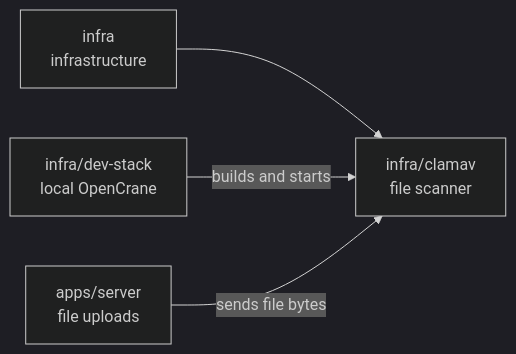
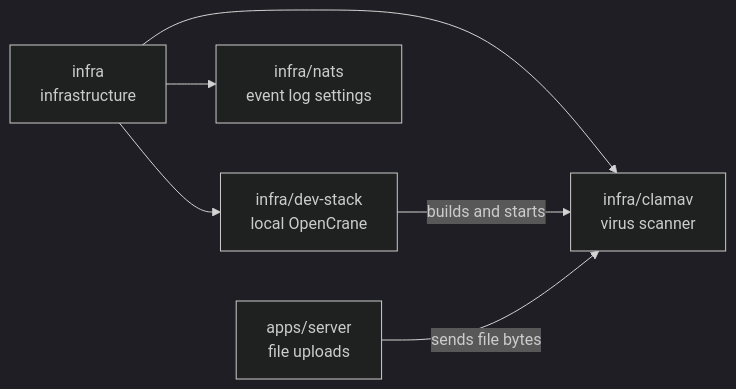
One commit to elewa-git/opencrane-new changed the diagram in infra/clamav/README.md. Above: the diagram before and after it, drawn with Mermaid (dark theme). The commit also changed other lines of this file and 16 other files, not shown here.

````diff
--- a/infra/clamav/README.md
+++ b/infra/clamav/README.md
@@ -15,6 +15,8 @@
 ```mermaid
 flowchart LR
-  infra["infra<br/>infrastructure"] --> clamav["infra/clamav<br/>file scanner"]
-  stack["infra/dev-stack<br/>local OpenCrane"] -->|builds and starts| clamav
+  infra["infra<br/>infrastructure"] --> clamav["infra/clamav<br/>virus scanner"]
+  infra --> stack["infra/dev-stack<br/>local OpenCrane"]
+  infra --> nats["infra/nats<br/>event log settings"]
+  stack -->|builds and starts| clamav
   server["apps/server<br/>file uploads"] -->|sends file bytes| clamav
 ```
````
